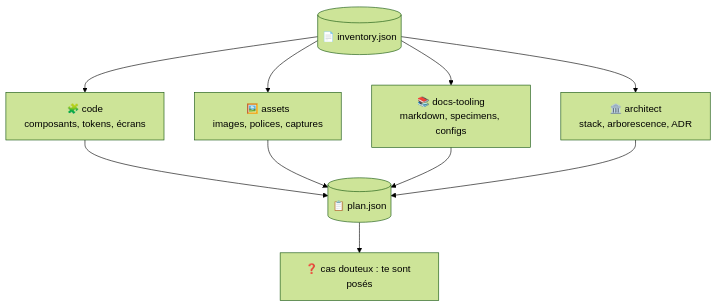
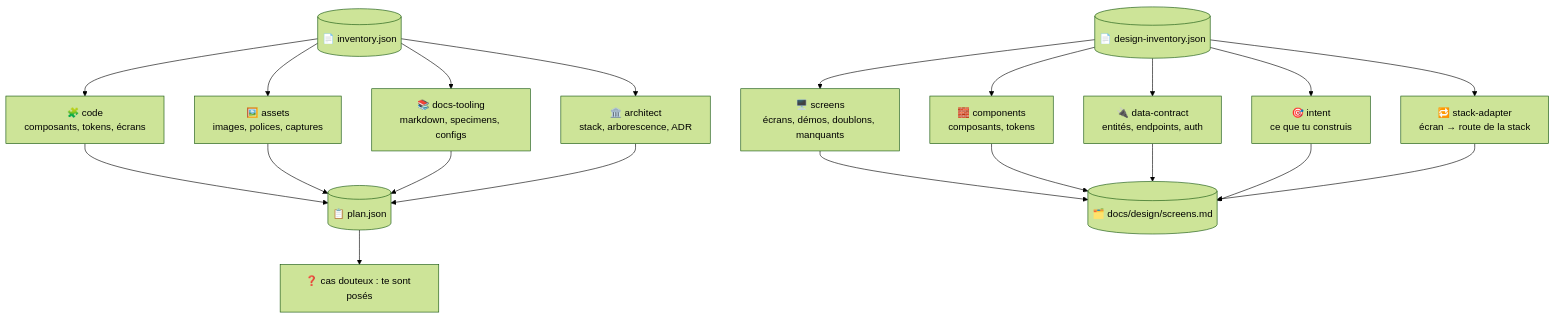
The third of 5 diagrams in README.md (duckysface/design-to-dev), drawn with Mermaid (forest theme) before and after one commit. The commit also changed other lines of this file and 11 other files, not shown here.

First line of the commit message:
feat: design reuse, intent-based stacks, superpowers plan and security baseline

````diff
--- a/README.md
+++ b/README.md
@@ -173,10 +202,17 @@
 ```mermaid
 flowchart TB
     INV[("📄 inventory.json")]
     INV --> CODE["🧩 code<br/>composants, tokens, écrans"]
     INV --> ASSETS["🖼️ assets<br/>images, polices, captures"]
     INV --> DOCS["📚 docs-tooling<br/>markdown, specimens, configs"]
     INV --> ARCH["🏛️ architect<br/>stack, arborescence, ADR"]
+    DINV[("📄 design-inventory.json")]
+    DINV --> SCR["🖥️ screens<br/>écrans, démos, doublons, manquants"]
+    DINV --> CMP["🧱 components<br/>composants, tokens"]
+    DINV --> DATA["🔌 data-contract<br/>entités, endpoints, auth"]
+    DINV --> INT["🎯 intent<br/>ce que tu construis"]
+    DINV --> ADP["🔁 stack-adapter<br/>écran → route de la stack"]
     CODE & ASSETS & DOCS & ARCH --> PLAN[("📋 plan.json")]
+    SCR & CMP & DATA & INT & ADP --> SCREENS[("🗂️ docs/design/screens.md")]
     PLAN --> REVIEW["❓ cas douteux : te sont posés"]
 ```
````
